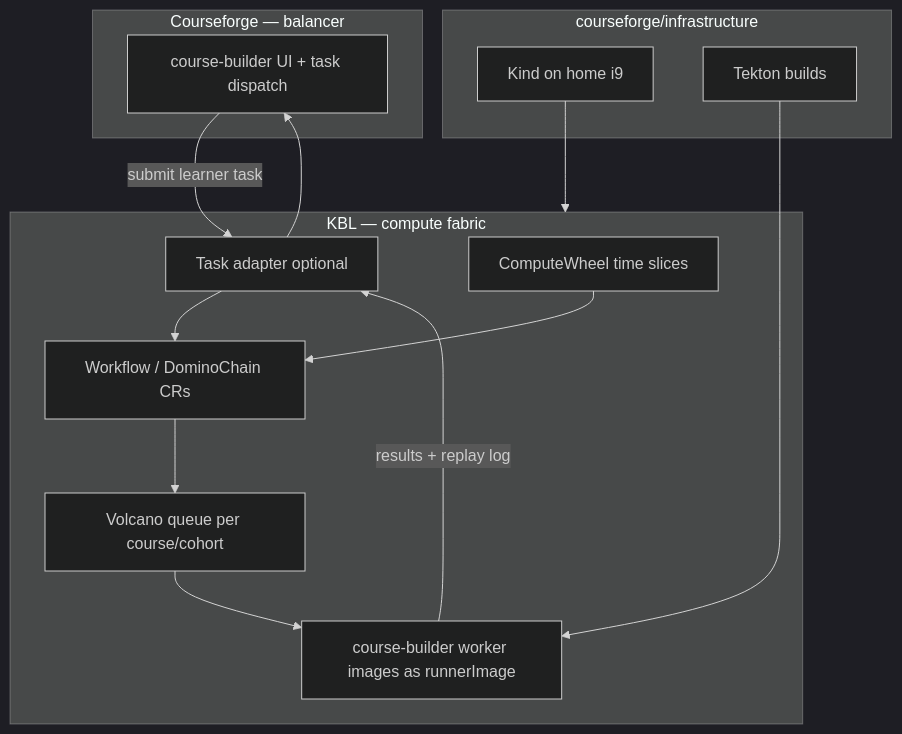
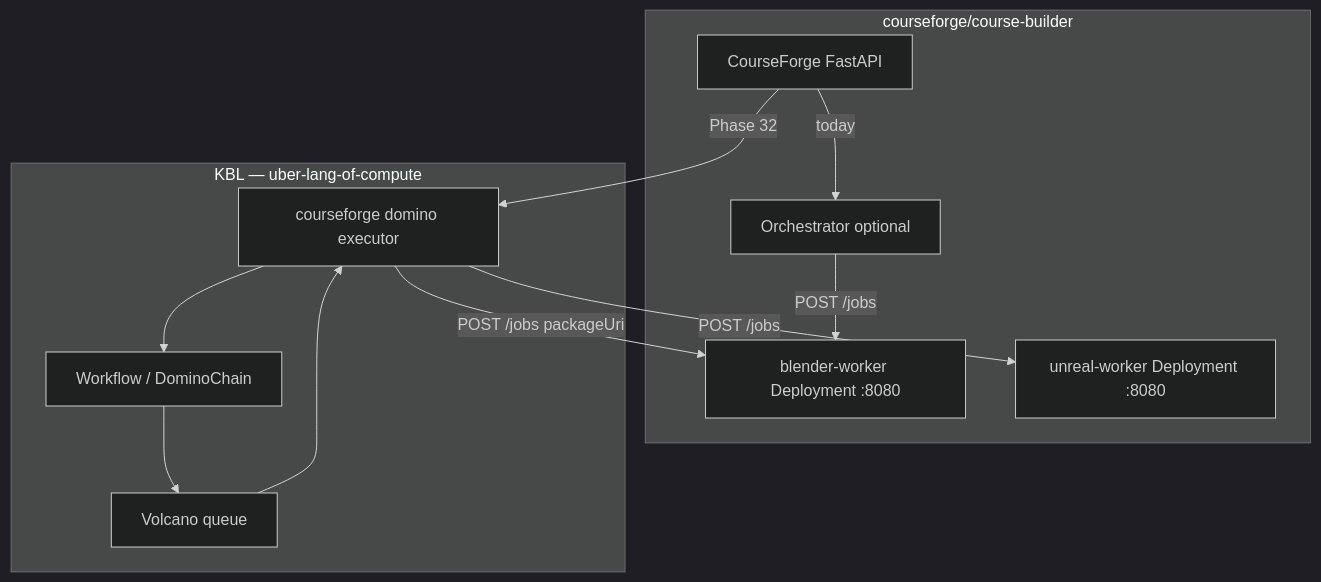
The diagram in docs/explorations/courseforge-integration.md (jmjava/uber-lang-of-compute), drawn with Mermaid (dark theme) before and after one commit. The commit also changed other lines of this file and 1 other file, not shown here.

First line of the commit message:
docs: ground Courseforge integration in course-builder worker API

````diff
--- a/docs/explorations/courseforge-integration.md
+++ b/docs/explorations/courseforge-integration.md
@@ -38,29 +68,24 @@
 ```mermaid
 flowchart TB
-  subgraph courseforge [Courseforge — balancer]
-    CB[course-builder UI + task dispatch]
+  subgraph cf [courseforge/course-builder]
+    API[CourseForge FastAPI]
+    ORCH[Orchestrator optional]
+    BW[blender-worker Deployment :8080]
+    UW[unreal-worker Deployment :8080]
   end
 
-  subgraph kbl [KBL — compute fabric]
-    ADAPT[Task adapter optional]
-    WF[Workflow / DominoChain CRs]
-    VOL[Volcano queue per course/cohort]
-    WIMG[course-builder worker images as runnerImage]
-    WH[ComputeWheel time slices]
+  subgraph kbl [KBL — uber-lang-of-compute]
+    ADAPT[courseforge domino executor]
+    WF[Workflow / DominoChain]
+    VOL[Volcano queue]
   end
 
-  subgraph infra [courseforge/infrastructure]
-    KIND[Kind on home i9]
-    TEK[Tekton builds]
-  end
-
-  CB -->|submit learner task| ADAPT
+  API -->|today| ORCH
+  ORCH -->|POST /jobs| BW
+  API -->|Phase 32| ADAPT
   ADAPT --> WF
   WF --> VOL
-  VOL --> WIMG
-  WH --> WF
-  TEK --> WIMG
-  KIND --> kbl
-  WIMG -->|results + replay log| ADAPT
-  ADAPT --> CB
+  VOL --> ADAPT
+  ADAPT -->|POST /jobs packageUri| BW
+  ADAPT -->|POST /jobs| UW
 ```
````
